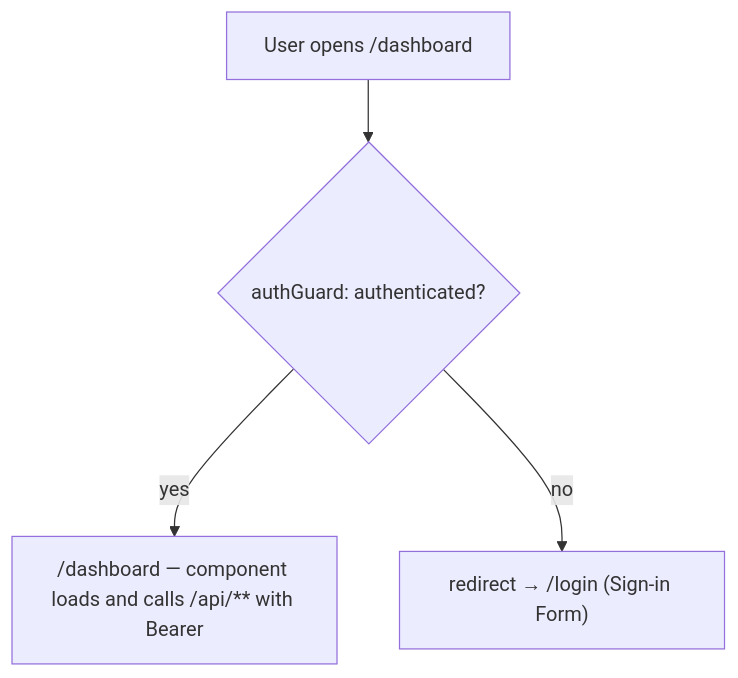
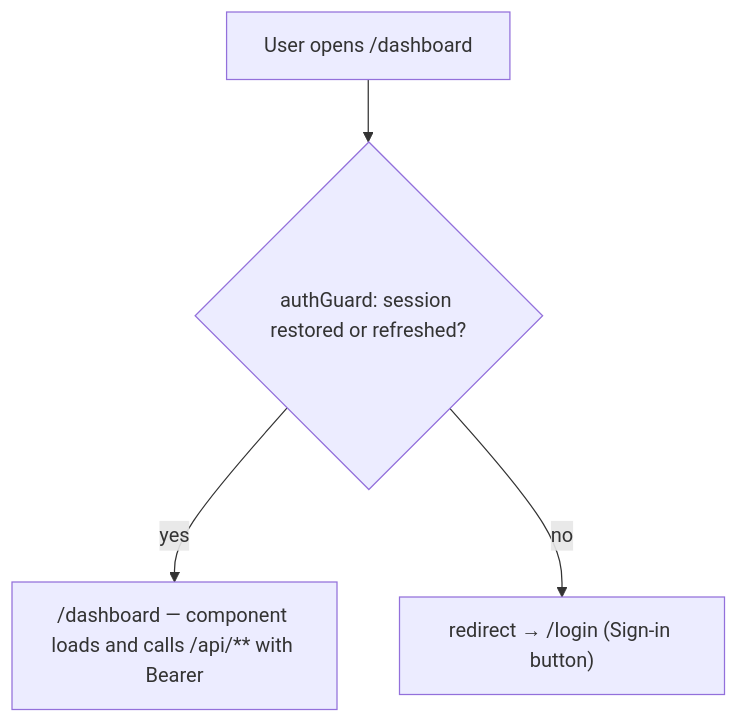
One commit to MatheusWith/Rumoo changed the fourth of 6 diagrams in docs/auth/authentication-authorization.md. Above: the diagram before and after it, drawn with Mermaid. The commit also changed other lines of this file and 19 other files, not shown here.

````diff
--- a/docs/auth/authentication-authorization.md
+++ b/docs/auth/authentication-authorization.md
@@ -248,6 +244,6 @@
 ```mermaid
 flowchart TD
-    A["User opens /dashboard"] --> B{authGuard: authenticated?}
+    A["User opens /dashboard"] --> B{authGuard: session restored or refreshed?}
     B -->|"yes"| C["/dashboard — component loads and calls /api/** with Bearer"]
-    B -->|"no"| D["redirect → /login (Sign-in Form)"]
+    B -->|"no"| D["redirect → /login (Sign-in button)"]
 ```
````
